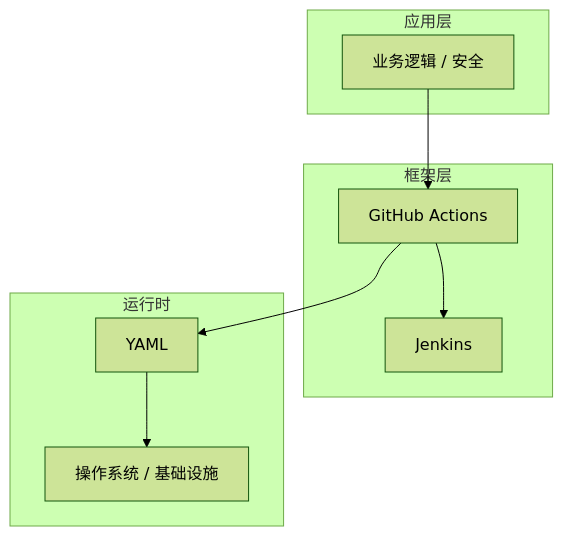
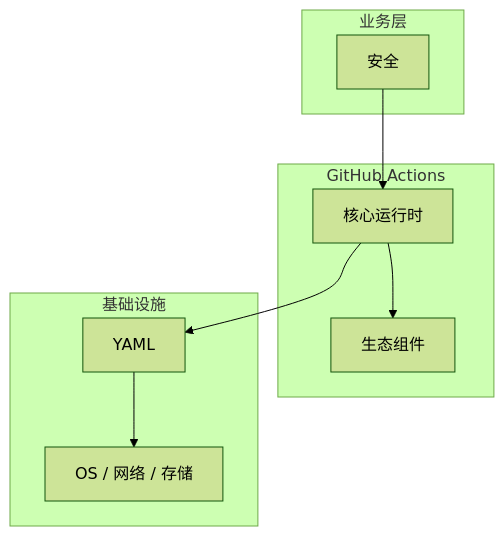
The diagram in articles/CI与CD/chapters/071-安全核心概念与原理.md (yanggan2015/knowledge-json-v2), drawn with Mermaid (forest theme) before and after one commit. The commit also changed other lines of this file and 10127 other files, not shown here.

````diff
--- a/articles/CI与CD/chapters/071-安全核心概念与原理.md
+++ b/articles/CI与CD/chapters/071-安全核心概念与原理.md
@@ -45,18 +34,18 @@
 ```mermaid
 graph TB
-    subgraph 应用层
-        A[业务逻辑 / 安全]
+    subgraph 业务层
+        A[安全]
     end
-    subgraph 框架层
-        B[GitHub Actions]
-        C[Jenkins]
+    subgraph GitHub Actions
+        B[核心运行时]
+        C[生态组件]
     end
-    subgraph 运行时
+    subgraph 基础设施
         D[YAML]
-        E[操作系统 / 基础设施]
+        E[OS / 网络 / 存储]
     end
     A --> B
     B --> C
     B --> D
     D --> E
 ```
````
